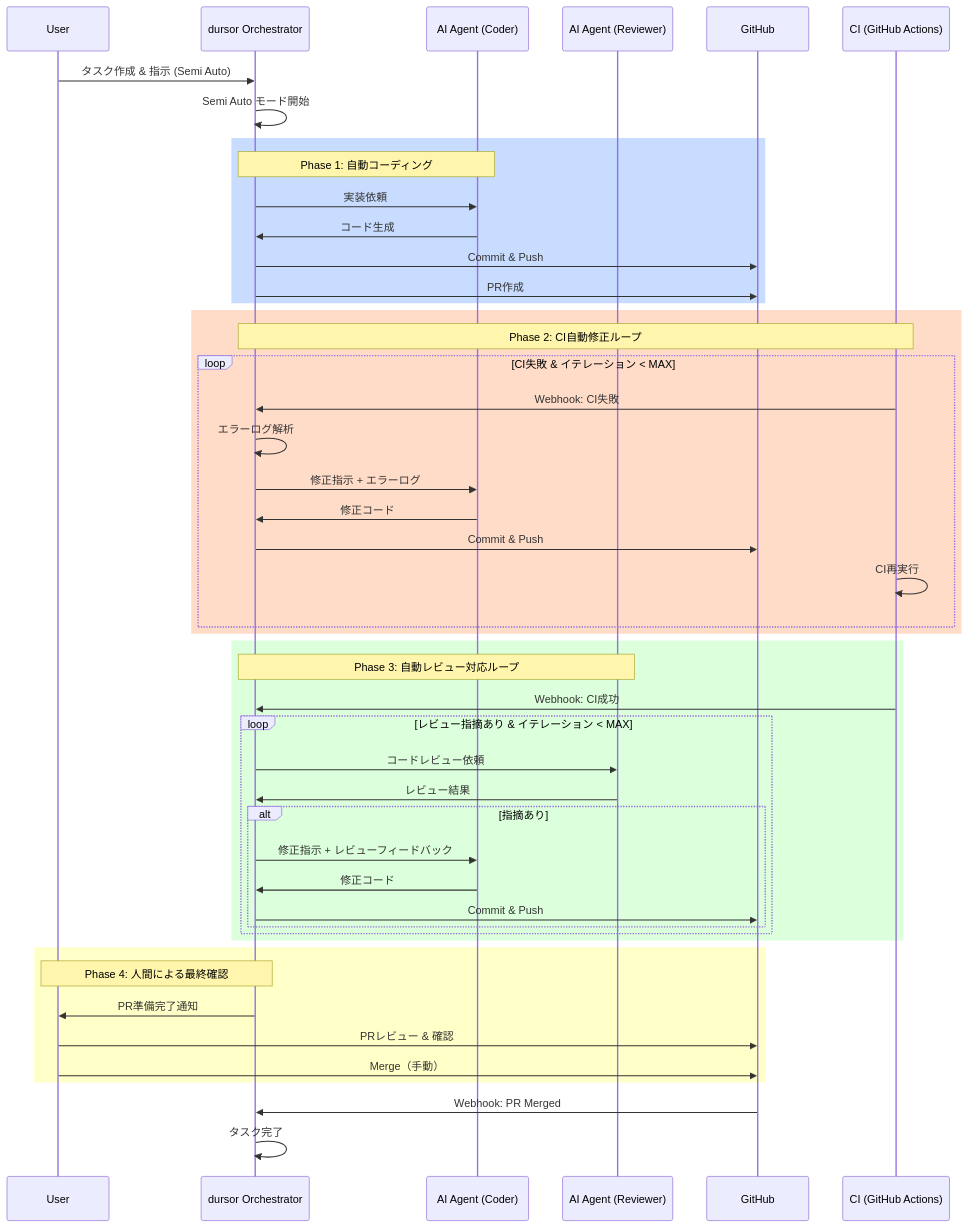
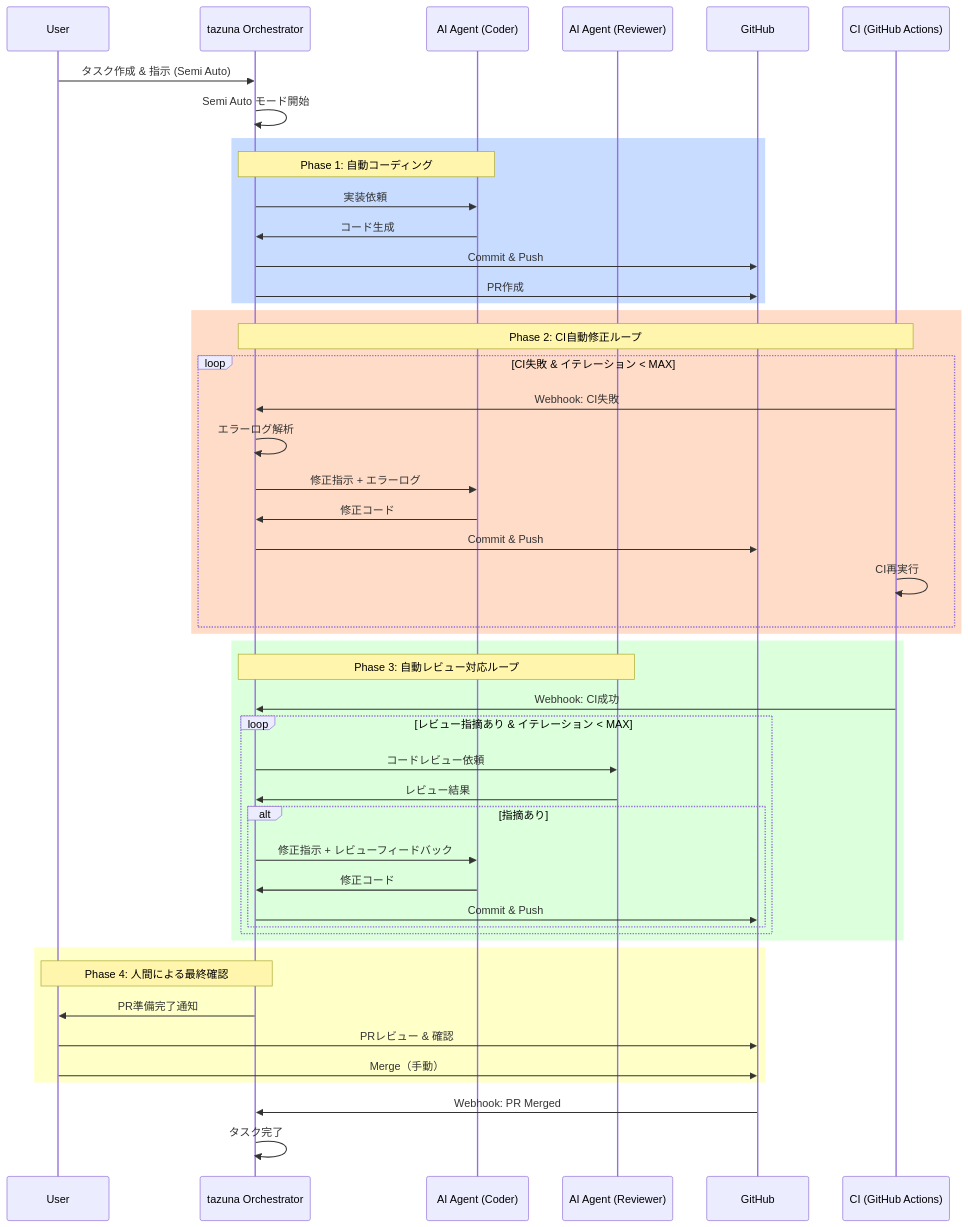
One commit to hampen2929/zloth changed the fourth of 16 diagrams in docs/coding-mode.md. Above: the diagram before and after it, drawn with Mermaid. The commit also changed other lines of this file and 103 other files, not shown here.

Commit message:
Rename from dursor to tazuna

````diff
--- a/docs/coding-mode.md
+++ b/docs/coding-mode.md
@@ -148,56 +148,56 @@
 ```mermaid
 sequenceDiagram
     participant U as User
-    participant D as dursor Orchestrator
+    participant D as tazuna Orchestrator
     participant AI as AI Agent (Coder)
     participant R as AI Agent (Reviewer)
     participant GH as GitHub
     participant CI as CI (GitHub Actions)
 
     U->>D: タスク作成 & 指示 (Semi Auto)
     D->>D: Semi Auto モード開始
 
     rect rgb(200, 220, 255)
         Note over D,AI: Phase 1: 自動コーディング
         D->>AI: 実装依頼
         AI->>D: コード生成
         D->>GH: Commit & Push
         D->>GH: PR作成
     end
 
     rect rgb(255, 220, 200)
         Note over D,CI: Phase 2: CI自動修正ループ
         loop CI失敗 & イテレーション < MAX
             CI->>D: Webhook: CI失敗
             D->>D: エラーログ解析
             D->>AI: 修正指示 + エラーログ
             AI->>D: 修正コード
             D->>GH: Commit & Push
             CI->>CI: CI再実行
         end
     end
 
     rect rgb(220, 255, 220)
         Note over D,R: Phase 3: 自動レビュー対応ループ
         CI->>D: Webhook: CI成功
         loop レビュー指摘あり & イテレーション < MAX
             D->>R: コードレビュー依頼
             R->>D: レビュー結果
             alt 指摘あり
                 D->>AI: 修正指示 + レビューフィードバック
                 AI->>D: 修正コード
                 D->>GH: Commit & Push
             end
         end
     end
 
     rect rgb(255, 255, 200)
         Note over D,U: Phase 4: 人間による最終確認
         D->>U: PR準備完了通知
         U->>GH: PRレビュー & 確認
         U->>GH: Merge（手動）
     end
 
     GH->>D: Webhook: PR Merged
     D->>D: タスク完了
 ```
````
